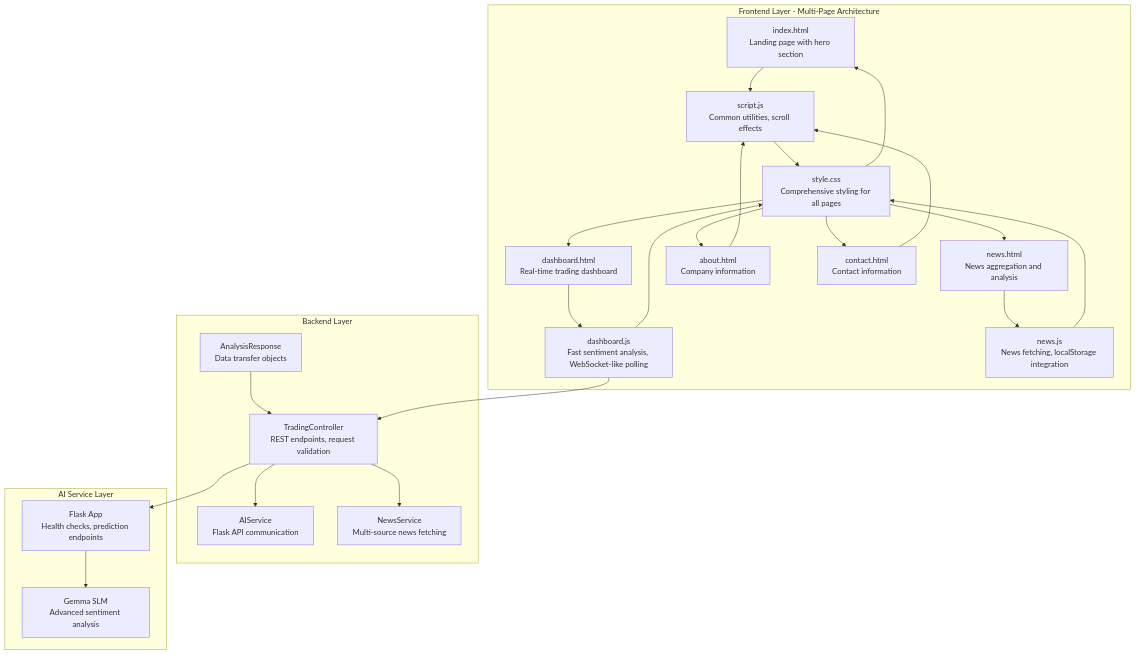
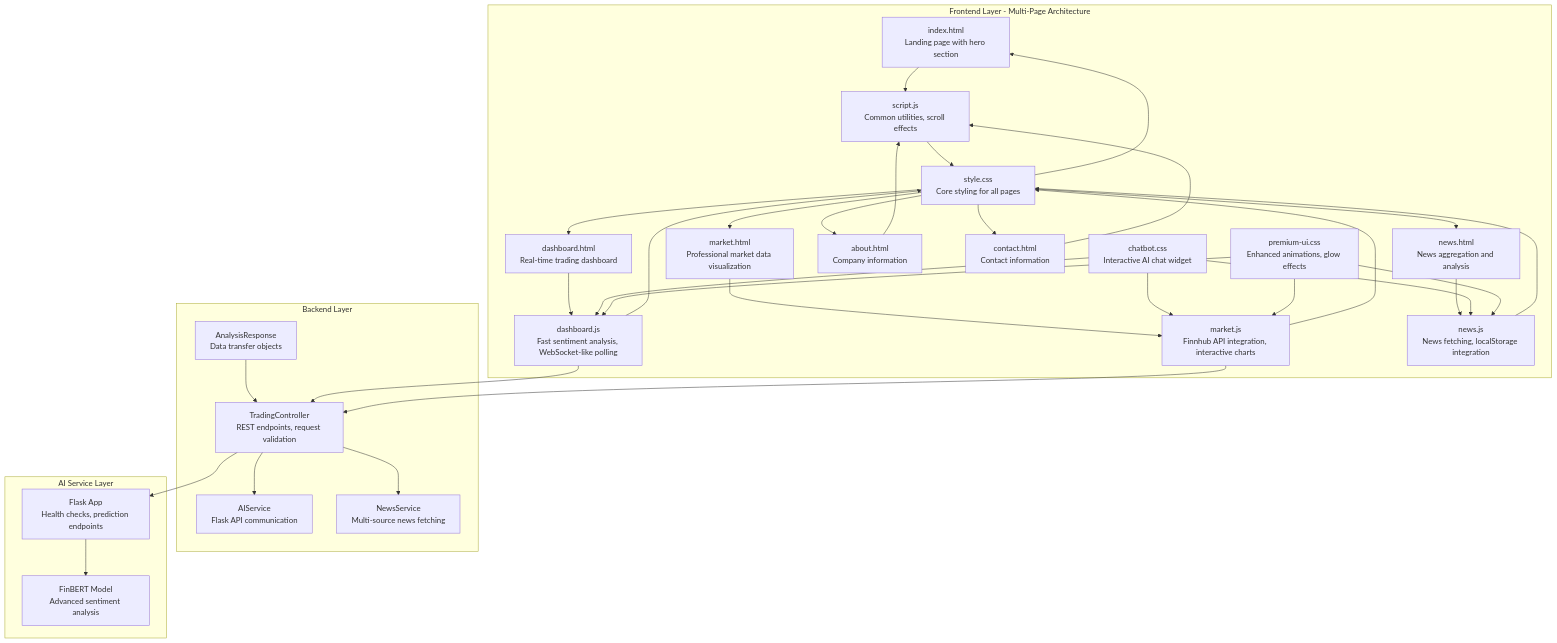
Before and after one commit to ayushtiwari1526/TheReinforcers_AyushTiwari: the first of 7 diagrams in .qoder/repowiki/en/content/JavaScript Implementation.md, drawn with Mermaid. The commit also changed other lines of this file and 15 other files, not shown here.

First line of the commit message:
feat: Add AI chatbot, premium UI upgrades, and comprehensive README

````diff
--- a/.qoder/repowiki/en/content/JavaScript Implementation.md
+++ b/.qoder/repowiki/en/content/JavaScript Implementation.md
@@ -61,28 +67,38 @@
 ```mermaid
 graph TB
 subgraph "Frontend Layer - Multi-Page Architecture"
 Index["index.html<br/>Landing page with hero section"] --> Script["script.js<br/>Common utilities, scroll effects"]
 Dashboard["dashboard.html<br/>Real-time trading dashboard"] --> DashboardJS["dashboard.js<br/>Fast sentiment analysis, WebSocket-like polling"]
+Market["market.html<br/>Professional market data visualization"] --> MarketJS["market.js<br/>Finnhub API integration, interactive charts"]
 News["news.html<br/>News aggregation and analysis"] --> NewsJS["news.js<br/>News fetching, localStorage integration"]
 About["about.html<br/>Company information"] --> Script
 Contact["contact.html<br/>Contact information"] --> Script
-Style["style.css<br/>Comprehensive styling for all pages"] --> Index
+Chatbot["chatbot.css<br/>Interactive AI chat widget"] --> MarketJS
+Chatbot --> DashboardJS
+Chatbot --> NewsJS
+PremiumUI["premium-ui.css<br/>Enhanced animations, glow effects"] --> MarketJS
+PremiumUI --> DashboardJS
+PremiumUI --> NewsJS
+Style["style.css<br/>Core styling for all pages"] --> Index
 Style --> Dashboard
+Style --> Market
 Style --> News
 Style --> About
 Style --> Contact
 Script --> Style
 DashboardJS --> Style
 NewsJS --> Style
+MarketJS --> Style
 end
 subgraph "Backend Layer"
 Controller["TradingController<br/>REST endpoints, request validation"] --> AIService["AIService<br/>Flask API communication"]
 Controller --> NewsService["NewsService<br/>Multi-source news fetching"]
 Model["AnalysisResponse<br/>Data transfer objects"] --> Controller
 end
 subgraph "AI Service Layer"
-FlaskApp["Flask App<br/>Health checks, prediction endpoints"] --> Analyzer["Gemma SLM<br/>Advanced sentiment analysis"]
+FlaskApp["Flask App<br/>Health checks, prediction endpoints"] --> Analyzer["FinBERT Model<br/>Advanced sentiment analysis"]
 end
 DashboardJS --> Controller
+MarketJS --> Controller
 Controller --> FlaskApp
 ```
````
